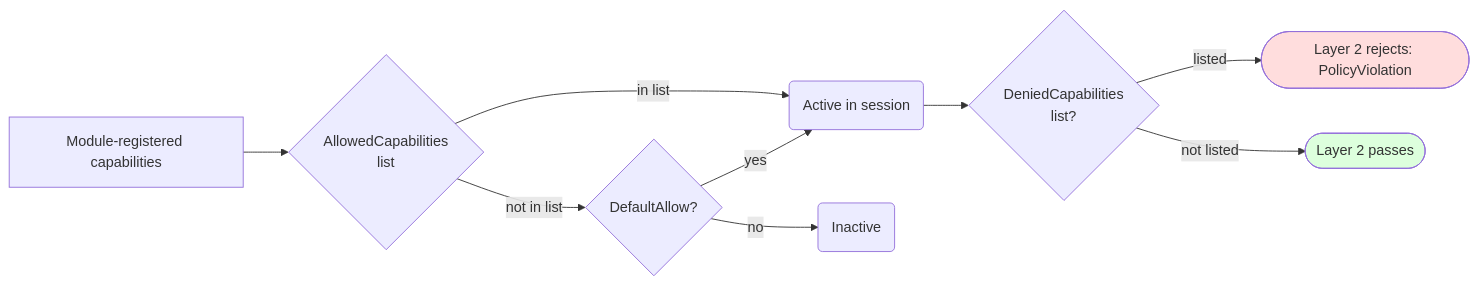
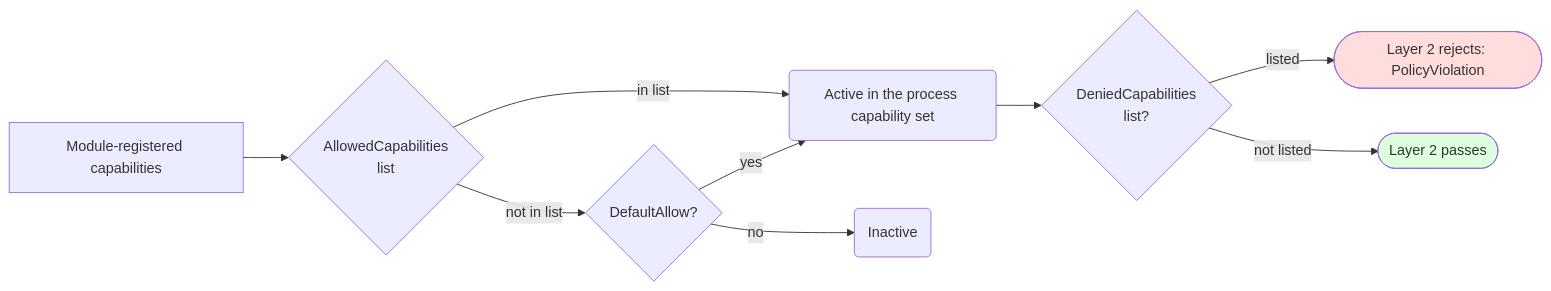
One commit to Naotsun19B/UnrealAIIntegrationPlatform-Document changed the second of 2 diagrams in docs/en/safety.md. Above: the diagram before and after it, drawn with Mermaid. The commit also changed other lines of this file and 9 other files, not shown here.

````diff
--- a/docs/en/safety.md
+++ b/docs/en/safety.md
@@ -40,13 +47,13 @@
 ```mermaid
 flowchart LR
     Reg[Module-registered capabilities] --> Allow{"AllowedCapabilities<br/>list"}
-    Allow -- "in list" --> Active(Active in session)
+    Allow -- "in list" --> Active(Active in the process capability set)
     Allow -- "not in list" --> S1{"DefaultAllow?"}
     S1 -- yes --> Active
     S1 -- no --> X1(Inactive)
     Active --> Deny{"DeniedCapabilities<br/>list?"}
     Deny -- "listed" --> Final([Layer 2 rejects: PolicyViolation])
     Deny -- "not listed" --> OK([Layer 2 passes])
     style Final fill:#fdd
     style OK fill:#dfd
 ```
````
